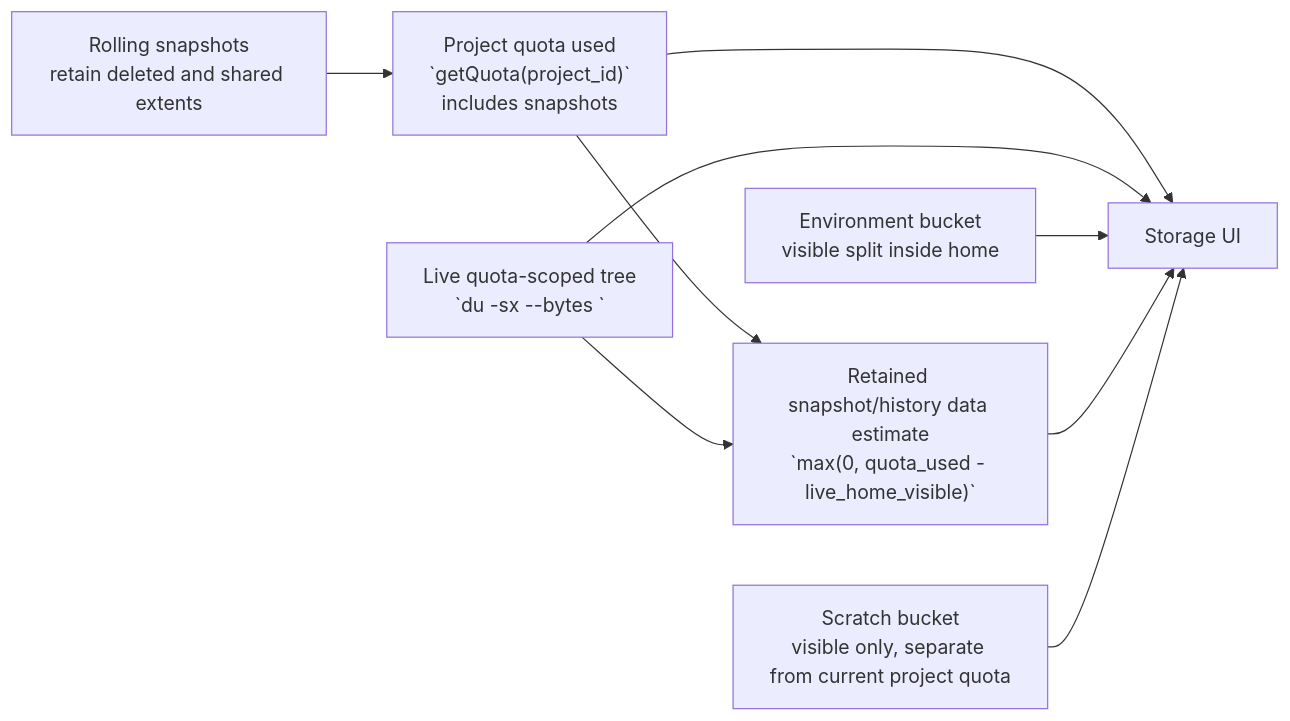
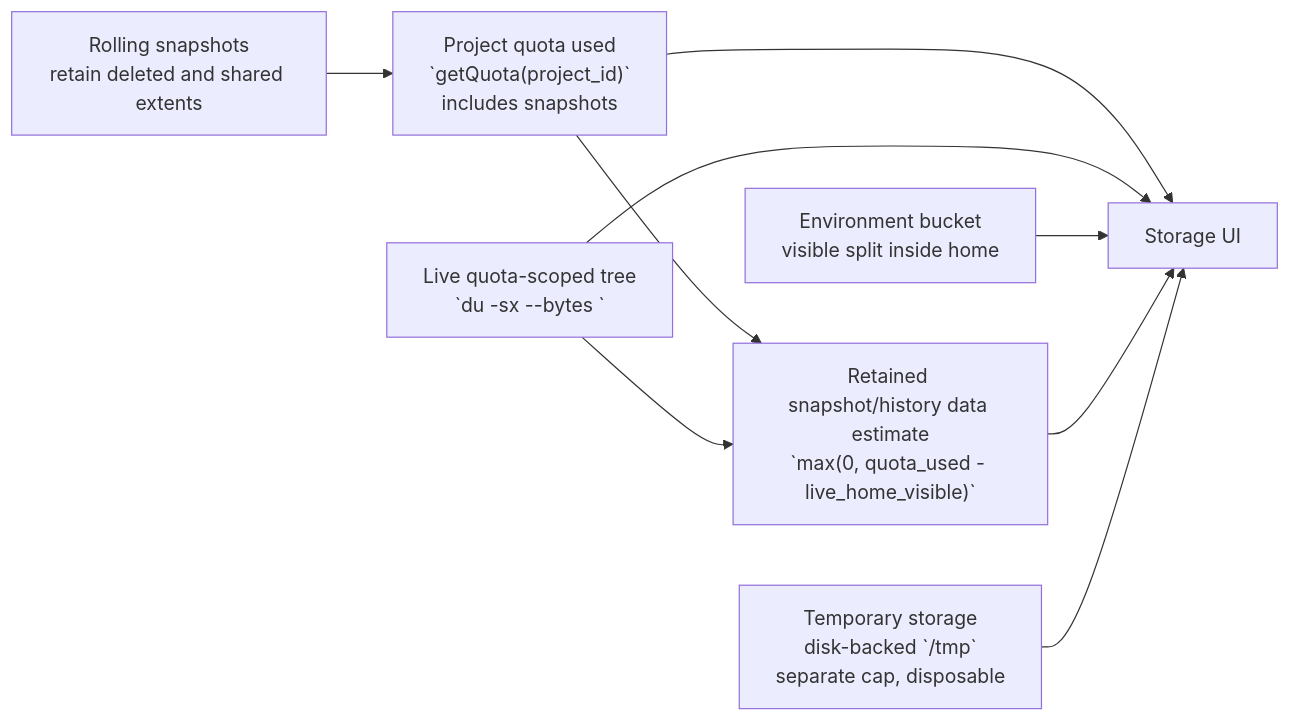
One commit to sagemathinc/cocalc-ai changed the diagram in src/.agents/project-storage-quota-snapshot-model-2026-04-28.md. Above: the diagram before and after it, drawn with Mermaid. The commit also changed other lines of this file and 16 other files, not shown here.

First line of the commit message:
runtime/tmp: remove the legacy /scratch alias

````diff
--- a/src/.agents/project-storage-quota-snapshot-model-2026-04-28.md
+++ b/src/.agents/project-storage-quota-snapshot-model-2026-04-28.md
@@ -133,11 +130,11 @@
 ```mermaid
 flowchart LR
     Q["Project quota used<br/>`getQuota(project_id)`<br/>includes snapshots"] --> UI["Storage UI"]
     L["Live quota-scoped tree<br/>`du -sx --bytes <home>`"] --> UI
     S["Rolling snapshots<br/>retain deleted and shared extents"] --> Q
     E["Environment bucket<br/>visible split inside home"] --> UI
     R["Retained snapshot/history data estimate<br/>`max(0, quota_used - live_home_visible)`"] --> UI
     Q --> R
     L --> R
-    X["Scratch bucket<br/>visible only, separate from current project quota"] --> UI
+    T["Temporary storage<br/>disk-backed `/tmp`<br/>separate cap, disposable"] --> UI
 ```
````
